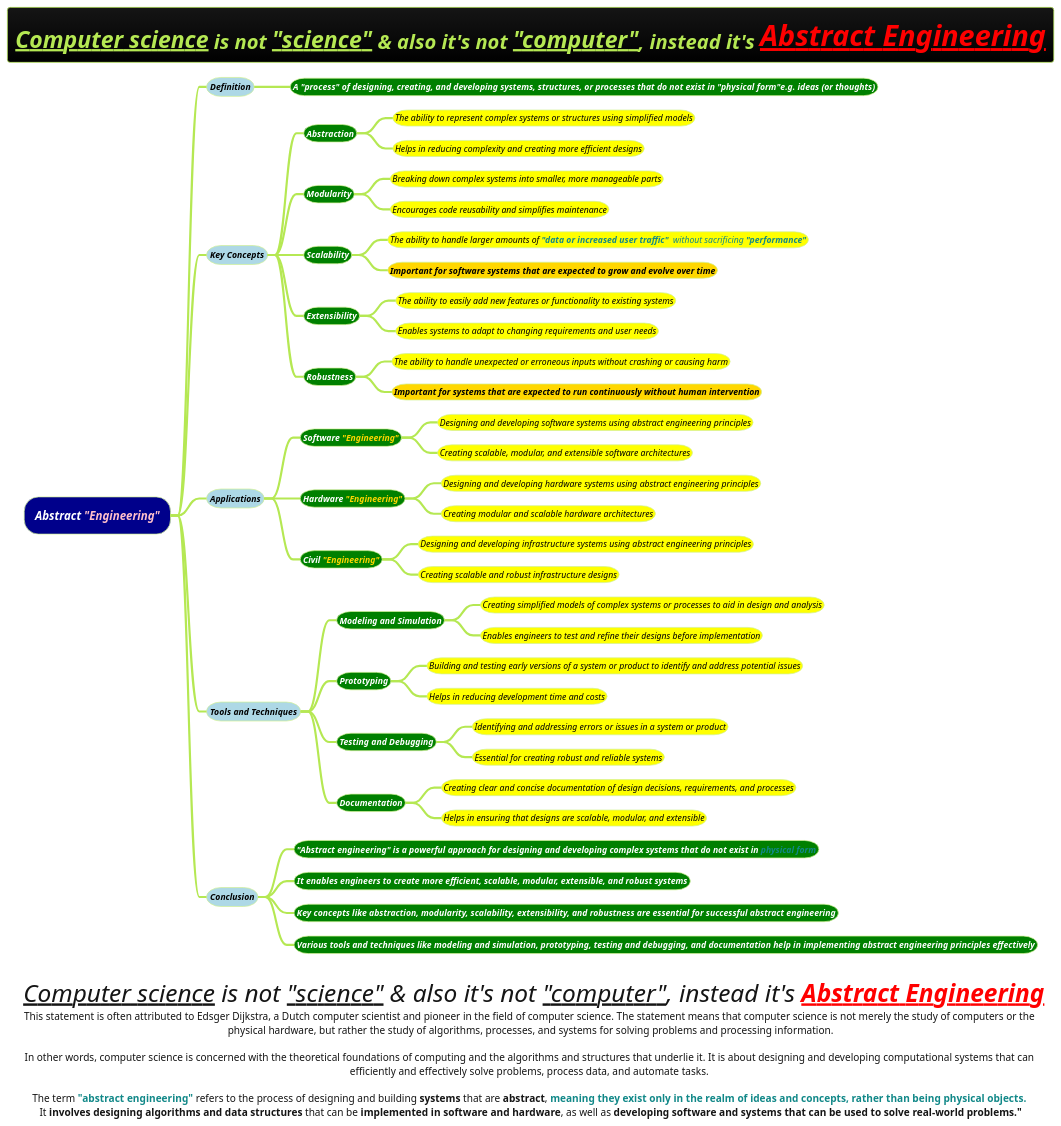
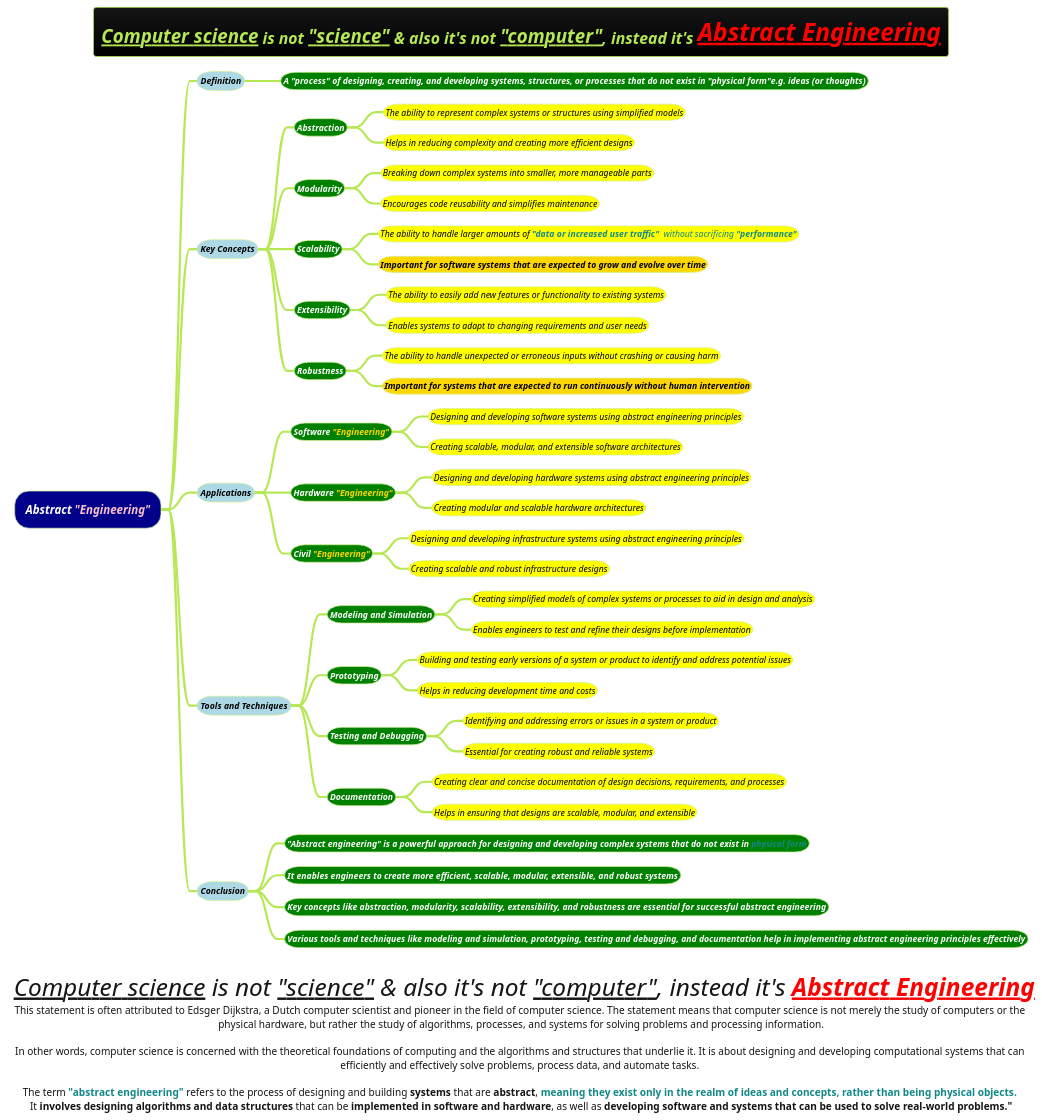
One commit to MehmoodHashmi/Documentation-as-Code-DaC changed the diagram in docs/1-Requirement-Engineering/Abstract-Engineering.puml. Above: the diagram before and after it, drawn with PlantUML. The commit also changed 6 other files, not shown here.

```diff
--- a/docs/1-Requirement-Engineering/Abstract-Engineering.puml
+++ b/docs/1-Requirement-Engineering/Abstract-Engineering.puml
@@ -1,54 +1,54 @@
 @startmindmap
-title = <i>__Computer science__ is not __"science"__ & also it's not __"computer"__, instead it's <color #red><b><u>Abstract Engineering
+title = <i><size:18>__Computer science__ is not __"science"__ & also it's not __"computer"__, instead it's <color #red><b><u>Abstract Engineering
 caption <size:34> <i>__Computer science__ is not __"science"__ & also it's not __"computer"__, instead it's <color #red><b><u>Abstract Engineering\nThis statement is often attributed to Edsger Dijkstra, a Dutch computer scientist and pioneer in the field of computer science. The statement means that computer science is not merely the study of computers or the \nphysical hardware, but rather the study of algorithms, processes, and systems for solving problems and processing information.\n\nIn other words, computer science is concerned with the theoretical foundations of computing and the algorithms and structures that underlie it. It is about designing and developing computational systems that can \nefficiently and effectively solve problems, process data, and automate tasks. \n\nThe term <color #118888>**"abstract engineering"**</color> refers to the process of designing and building **systems** that are **abstract**, <color #118888>**meaning they exist only in the realm of ideas and concepts, rather than being physical objects.**</color> \nIt **involves designing algorithms and data structures** that can be **implemented in software and hardware**, as well as **developing software and systems that can be used to solve real-world problems."**
 !theme hacker
 
 
 *[#darkblue] <i><color #white>Abstract <color #pink>"Engineering"
 **[#lightblue] <i><color #black><size:12>Definition
 ***[#green] <b><i><color #white><size:12>A **"process"** of designing, creating, and developing systems, structures, or processes that do not exist in **"physical form"**e.g. **ideas (or thoughts)**
 **[#lightblue] <i><color #black><size:12>Key Concepts
 ***[#green] <b><i><color #white><size:12>Abstraction
 ****[#yellow] <i><color #black><size:12>The ability to represent complex systems or structures using simplified models
 ****[#yellow] <i><color #black><size:12>Helps in reducing complexity and creating more efficient designs
 ***[#green] <b><i><color #white><size:12>Modularity
 ****[#yellow] <i><color #black><size:12>Breaking down complex systems into smaller, more manageable parts
 ****[#yellow] <i><color #black><size:12>Encourages code reusability and simplifies maintenance
 ***[#green] <b><i><color #white><size:12>Scalability
 ****[#yellow] <i><color #black><size:12>The ability to handle larger amounts of <color #118888>**"data or increased user traffic"**  without sacrificing **"performance"**
 ****[#gold] <i><color #black><size:12><b>Important for software systems that are expected to grow and evolve over time
 ***[#green] <b><i><color #white><size:12>Extensibility
 ****[#yellow] <i><color #black><size:12>The ability to easily add new features or functionality to existing systems
 ****[#yellow] <i><color #black><size:12>Enables systems to adapt to changing requirements and user needs
 ***[#green] <b><i><color #white><size:12>Robustness
 ****[#yellow] <i><color #black><size:12>The ability to handle unexpected or erroneous inputs without crashing or causing harm
 ****[#gold] <i><color #black><size:12><b>Important for systems that are expected to run continuously without human intervention
 **[#lightblue] <i><color #black><size:12>Applications
 ***[#green] <b><i><color #white><size:12>Software <color #gold>"Engineering"
 ****[#yellow] <i><color #black><size:12>Designing and developing software systems using abstract engineering principles
 ****[#yellow] <i><color #black><size:12>Creating scalable, modular, and extensible software architectures
 ***[#green] <b><i><color #white><size:12>Hardware <color #gold>"Engineering"
 ****[#yellow] <i><color #black><size:12>Designing and developing hardware systems using abstract engineering principles
 ****[#yellow] <i><color #black><size:12>Creating modular and scalable hardware architectures
 ***[#green] <b><i><color #white><size:12>Civil <color #gold>"Engineering"
 ****[#yellow] <i><color #black><size:12>Designing and developing infrastructure systems using abstract engineering principles
 ****[#yellow] <i><color #black><size:12>Creating scalable and robust infrastructure designs
 **[#lightblue] <i><color #black><size:12>Tools and Techniques
 ***[#green] <b><i><color #white><size:12>Modeling and Simulation
 ****[#yellow] <i><color #black><size:12>Creating simplified models of complex systems or processes to aid in design and analysis
 ****[#yellow] <i><color #black><size:12>Enables engineers to test and refine their designs before implementation
 ***[#green] <b><i><color #white><size:12>Prototyping
 ****[#yellow] <i><color #black><size:12>Building and testing early versions of a system or product to identify and address potential issues
 ****[#yellow] <i><color #black><size:12>Helps in reducing development time and costs
 ***[#green] <b><i><color #white><size:12>Testing and Debugging
 ****[#yellow] <i><color #black><size:12>Identifying and addressing errors or issues in a system or product
 ****[#yellow] <i><color #black><size:12>Essential for creating robust and reliable systems
 ***[#green] <b><i><color #white><size:12>Documentation
 ****[#yellow] <i><color #black><size:12>Creating clear and concise documentation of design decisions, requirements, and processes
 ****[#yellow] <i><color #black><size:12>Helps in ensuring that designs are scalable, modular, and extensible
 **[#lightblue] <i><color #black><size:12>Conclusion
 ***[#green] <b><i><color #white><size:12>**"Abstract engineering"** is a powerful approach for designing and developing **complex systems that do not exist in** <color #118888>**physical form**</color>
 ***[#green] <b><i><color #white><size:12>It enables engineers to create more efficient, scalable, modular, extensible, and robust systems
 ***[#green] <b><i><color #white><size:12>Key concepts like abstraction, modularity, scalability, extensibility, and robustness are essential for successful abstract engineering
 ***[#green] <b><i><color #white><size:12>Various tools and techniques like modeling and simulation, prototyping, testing and debugging, and documentation help in implementing abstract engineering principles effectively
 @endmindmap
```
